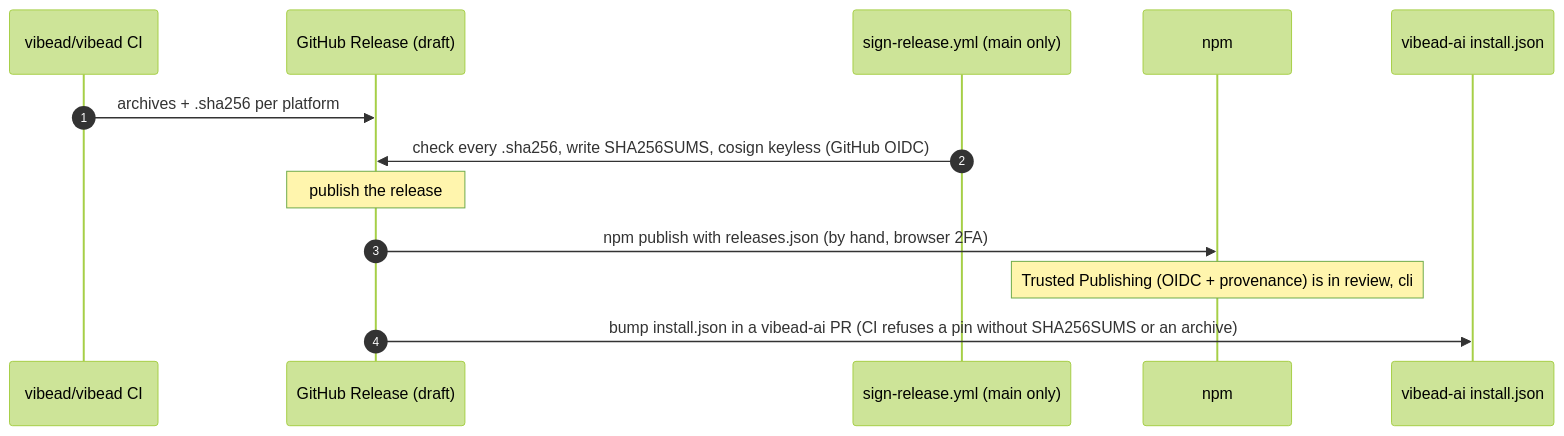
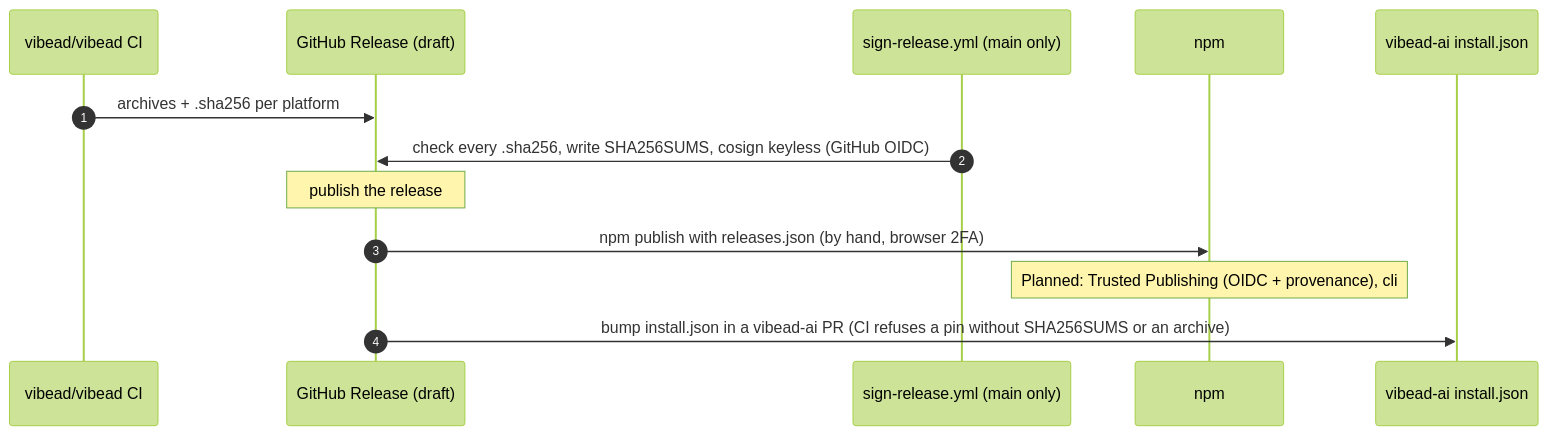
The second of 2 diagrams in docs/system-design/README.md (vibead/cli), drawn with Mermaid (forest theme) before and after one commit. The commit also changed other lines of this file and 2 other files, not shown here.

Commit message:
Docs check: run the design-doc gate in CI ('Design doc updated' job); design doc uses the Live / Merged, not released / Planned legend

````diff
--- a/docs/system-design/README.md
+++ b/docs/system-design/README.md
@@ -53,15 +61,15 @@
 ```mermaid
 sequenceDiagram
   autonumber
   participant Src as vibead/vibead CI
   participant R as GitHub Release (draft)
   participant S as sign-release.yml (main only)
   participant N as npm
   participant Site as vibead-ai install.json
   Src->>R: archives + .sha256 per platform
   S->>R: check every .sha256, write SHA256SUMS, cosign keyless (GitHub OIDC)
   Note over R: publish the release
   R->>N: npm publish with releases.json (by hand, browser 2FA)
-  Note over N: Trusted Publishing (OIDC + provenance) is in review, cli#30
+  Note over N: Planned: Trusted Publishing (OIDC + provenance), cli#30
   R->>Site: bump install.json in a vibead-ai PR (CI refuses a pin without SHA256SUMS or an archive)
 ```
````
